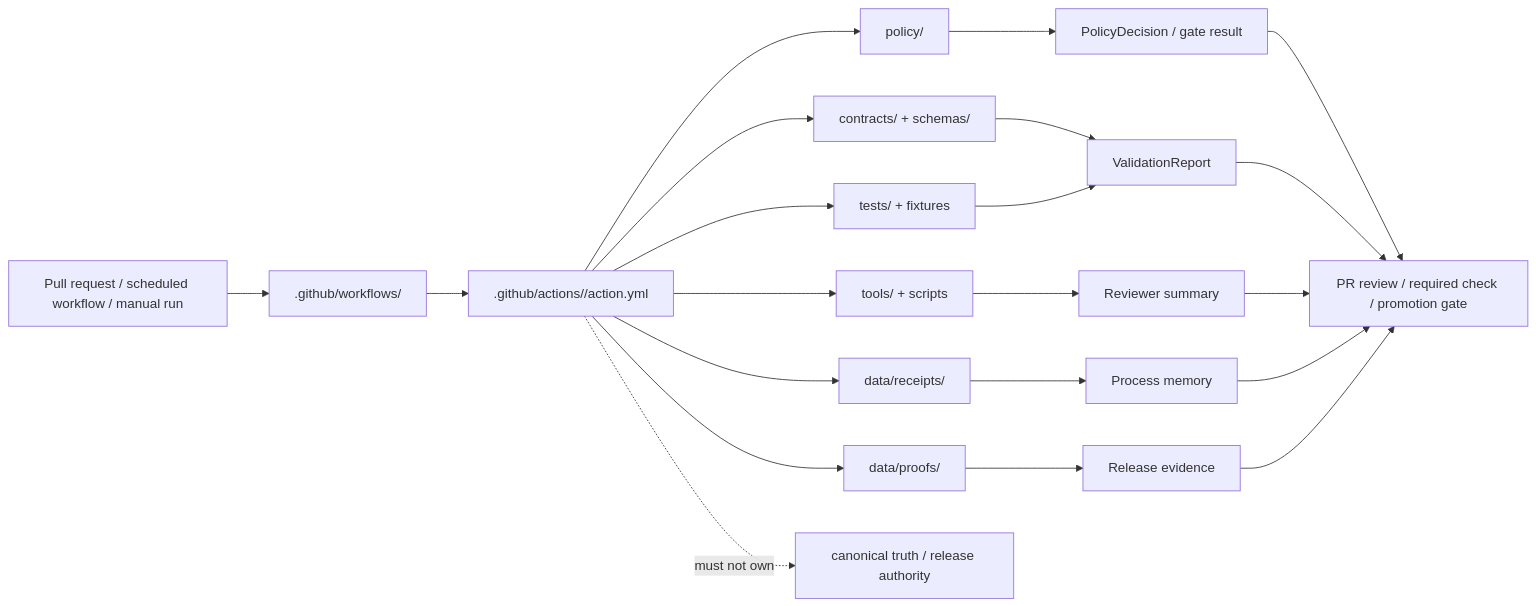
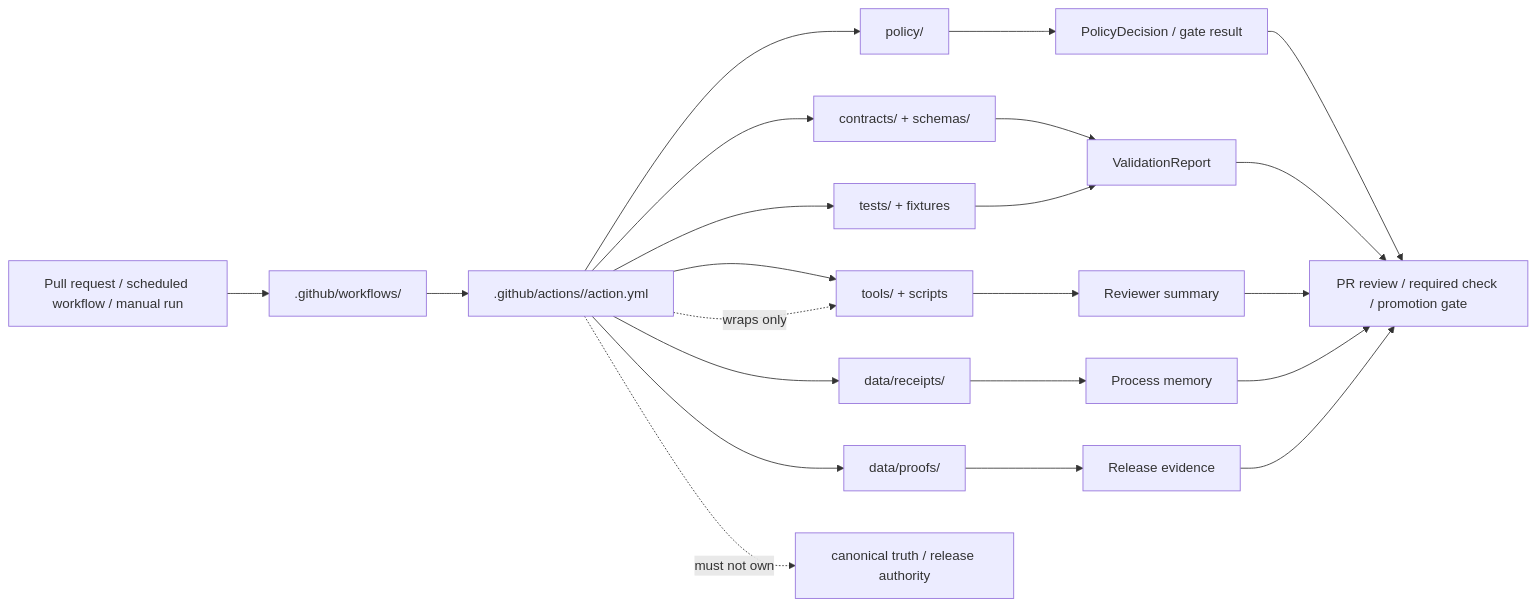
Before and after one commit to bartytime4life/Kansas-Frontier-Matrix: the diagram in .github/actions/README.md, drawn with Mermaid. The commit also changed other lines of this file, not shown here.

````diff
--- a/.github/actions/README.md
+++ b/.github/actions/README.md
@@ -348,27 +463,28 @@
 ```mermaid
 flowchart LR
   PR["Pull request / scheduled workflow / manual run"] --> WF[".github/workflows/"]
   WF --> ACT[".github/actions/<action>/action.yml"]
 
   ACT --> POL["policy/"]
   ACT --> CON["contracts/ + schemas/"]
   ACT --> TST["tests/ + fixtures"]
   ACT --> TOOL["tools/ + scripts"]
   ACT --> REC["data/receipts/"]
   ACT --> PROOF["data/proofs/"]
 
   POL --> DEC["PolicyDecision / gate result"]
   CON --> VAL["ValidationReport"]
   TST --> VAL
   TOOL --> SUM["Reviewer summary"]
   REC --> MEM["Process memory"]
   PROOF --> REL["Release evidence"]
 
   DEC --> REVIEW["PR review / required check / promotion gate"]
   VAL --> REVIEW
   SUM --> REVIEW
   MEM --> REVIEW
   REL --> REVIEW
 
+  ACT -. "wraps only" .-> TOOL
   ACT -. "must not own" .-> TRUTH["canonical truth / release authority"]
 ```
````
